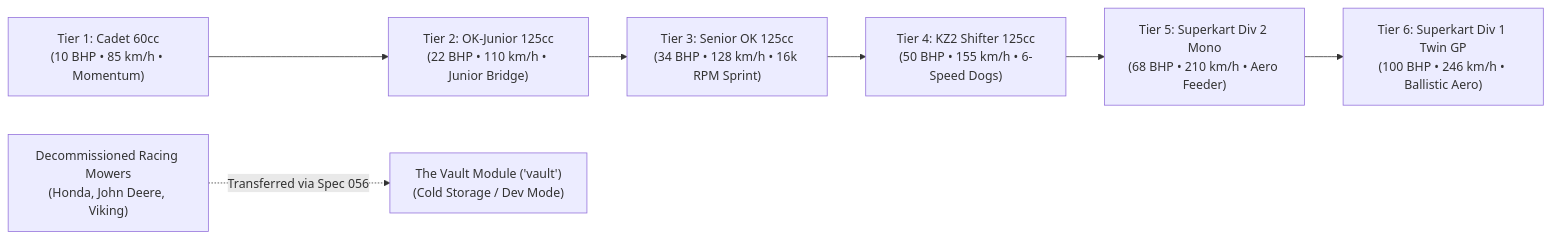
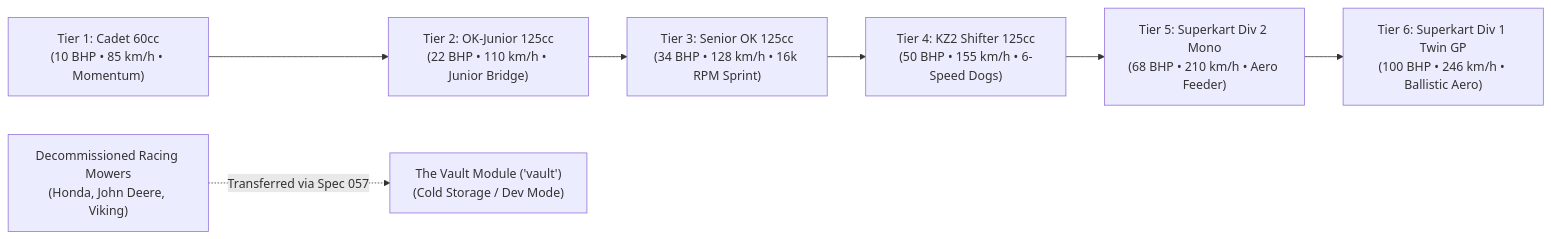
Before and after one commit to magomar/tdrace: the first of 2 diagrams in specs/052_karting_6tier_career_progression_and_standalone_garden_gp.md, drawn with Mermaid. The commit also changed other lines of this file and 5 other files, not shown here.

Commit message:
chore(specs): renumber vault module spec to 057 to prevent collision with race-kit (tdrace-8xai)

````diff
--- a/specs/052_karting_6tier_career_progression_and_standalone_garden_gp.md
+++ b/specs/052_karting_6tier_career_progression_and_standalone_garden_gp.md
@@ -39,10 +39,10 @@
 ```mermaid
 flowchart LR
     T1["Tier 1: Cadet 60cc\n(10 BHP • 85 km/h • Momentum)"] --> T2["Tier 2: OK-Junior 125cc\n(22 BHP • 110 km/h • Junior Bridge)"]
     T2 --> T3["Tier 3: Senior OK 125cc\n(34 BHP • 128 km/h • 16k RPM Sprint)"]
     T3 --> T4["Tier 4: KZ2 Shifter 125cc\n(50 BHP • 155 km/h • 6-Speed Dogs)"]
     T4 --> T5["Tier 5: Superkart Div 2 Mono\n(68 BHP • 210 km/h • Aero Feeder)"]
     T5 --> T6["Tier 6: Superkart Div 1 Twin GP\n(100 BHP • 246 km/h • Ballistic Aero)"]
 
-    MOWERS["Decommissioned Racing Mowers\n(Honda, John Deere, Viking)"] -.->|Transferred via Spec 056| VAULT["The Vault Module ('vault')\n(Cold Storage / Dev Mode)"]
+    MOWERS["Decommissioned Racing Mowers\n(Honda, John Deere, Viking)"] -.->|Transferred via Spec 057| VAULT["The Vault Module ('vault')\n(Cold Storage / Dev Mode)"]
 ```
````
